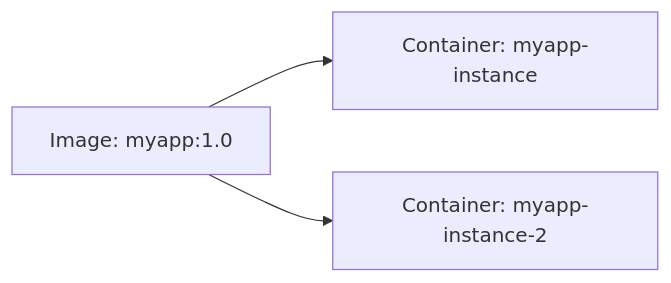
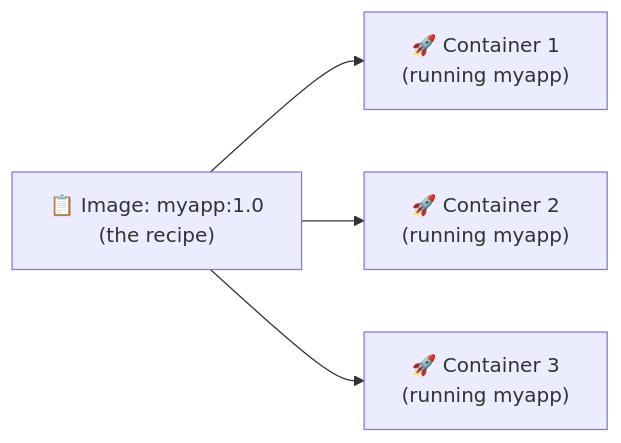
One commit to adityasingh-ops/DevOps changed the third of 3 diagrams in lectures/06_docker_introduction.md. Above: the diagram before and after it, drawn with Mermaid. The commit also changed other lines of this file, not shown here.

````diff
--- a/lectures/06_docker_introduction.md
+++ b/lectures/06_docker_introduction.md
@@ -86,5 +165,7 @@
 ```mermaid
 graph LR
-    Image1[Image: myapp:1.0] --> Container1[Container: myapp-instance]
-    Image1 --> Container2[Container: myapp-instance-2]
+    Image["📋 Image: myapp:1.0<br/>(the recipe)"]
+    Image --> C1["🚀 Container 1<br/>(running myapp)"]
+    Image --> C2["🚀 Container 2<br/>(running myapp)"]
+    Image --> C3["🚀 Container 3<br/>(running myapp)"]
 ```
````
